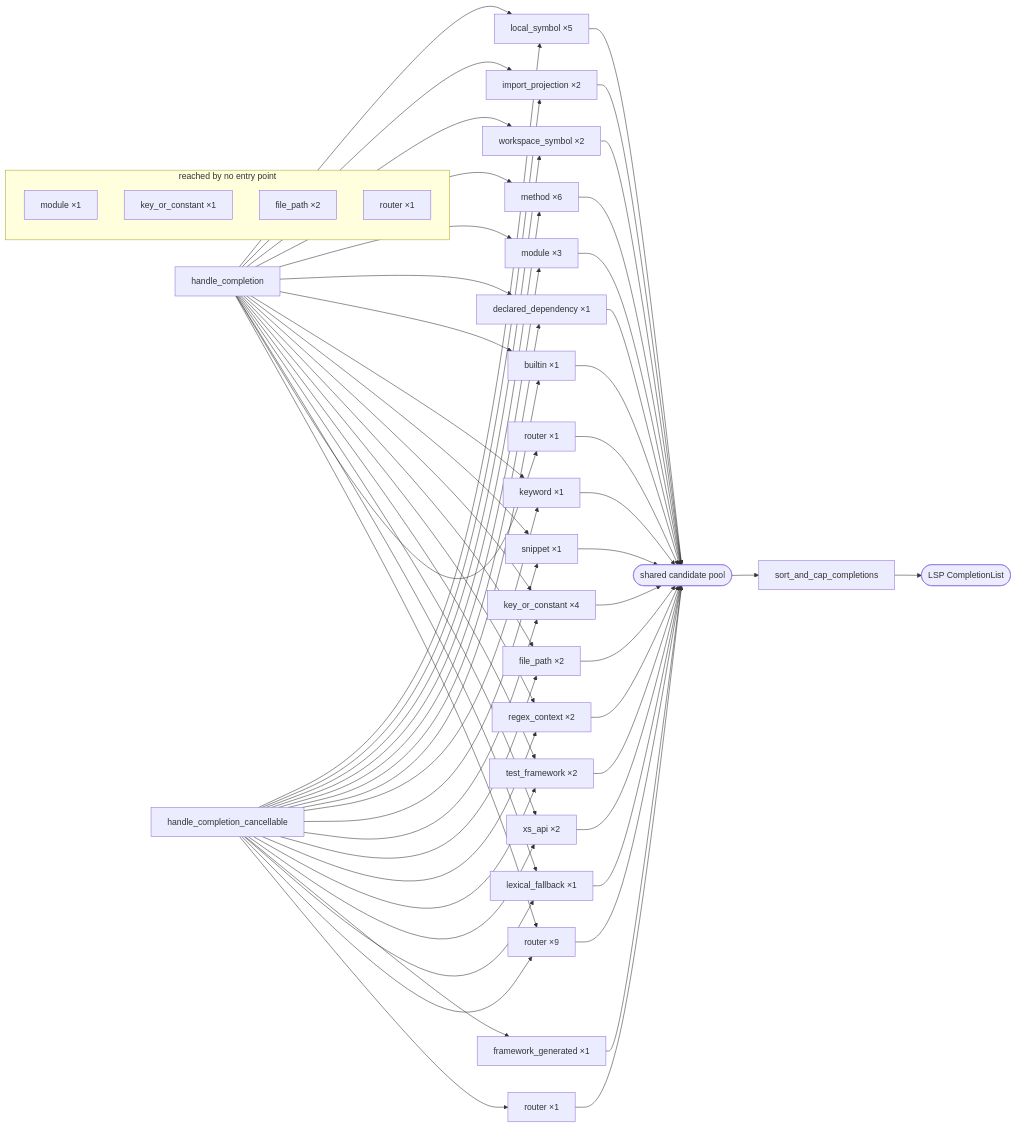
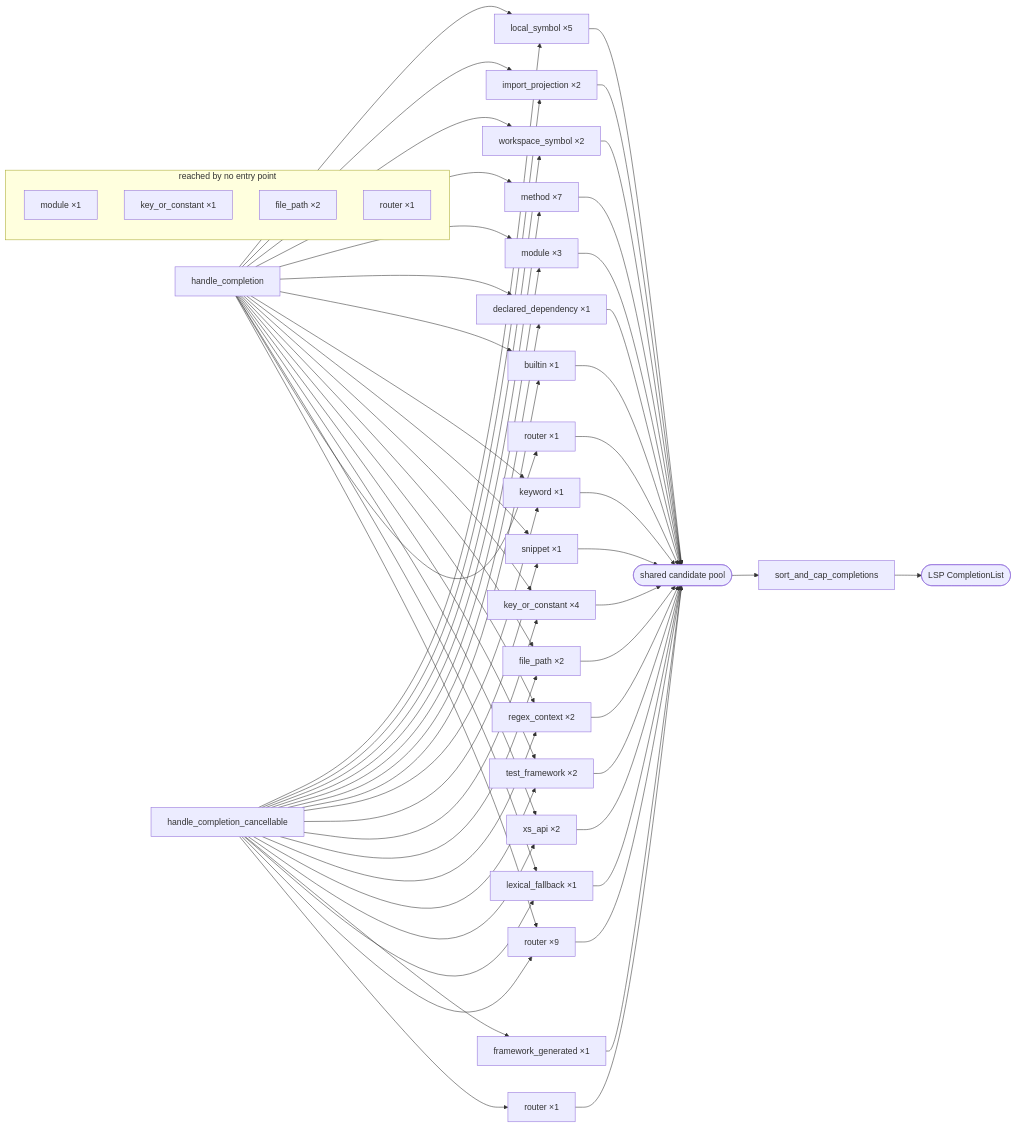
One commit to EffortlessMetrics/perl-lsp-swarm changed the diagram in docs/architecture/completion-candidate-producers.md. Above: the diagram before and after it, drawn with Mermaid. The commit also changed other lines of this file and 2 other files, not shown here.

Commit message:
fix(completion): re-audit candidate producer ledger (#16937)

```diff
--- a/docs/architecture/completion-candidate-producers.md
+++ b/docs/architecture/completion-candidate-producers.md
@@ -177,7 +178,7 @@
   nhandle_completion --> nworkspace_symbol_handle_completion_handle_completion_cancellable
   nhandle_completion_cancellable --> nworkspace_symbol_handle_completion_handle_completion_cancellable
   nworkspace_symbol_handle_completion_handle_completion_cancellable --> pool
-  nmethod_handle_completion_handle_completion_cancellable["method ×6"]
+  nmethod_handle_completion_handle_completion_cancellable["method ×7"]
   nhandle_completion --> nmethod_handle_completion_handle_completion_cancellable
   nhandle_completion_cancellable --> nmethod_handle_completion_handle_completion_cancellable
   nmethod_handle_completion_handle_completion_cancellable --> pool
```
